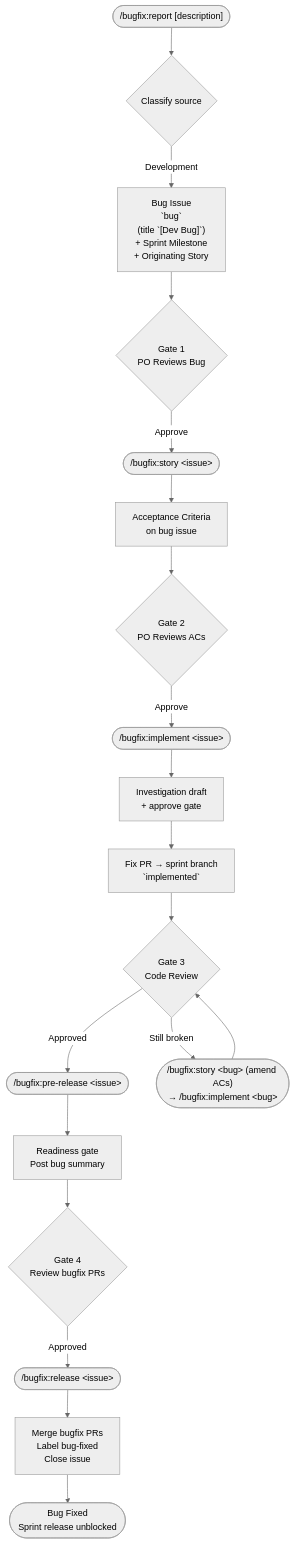
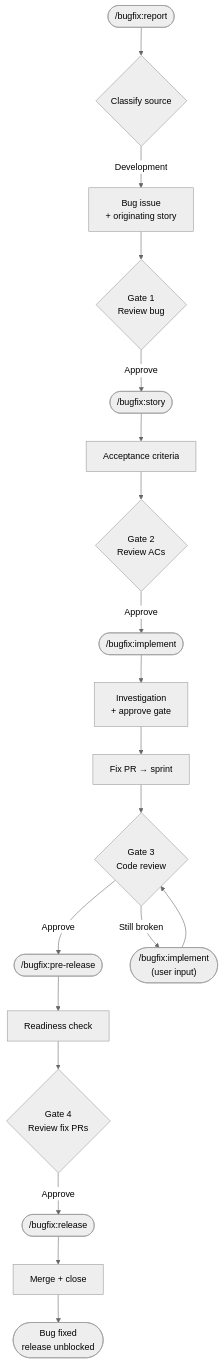
One commit to simpscal/sapiens-dtj changed the fourth of 6 diagrams in README.md. Above: the diagram before and after it, drawn with Mermaid (neutral theme). The commit also changed other lines of this file and 46 other files, not shown here.

````diff
--- a/README.md
+++ b/README.md
@@ -228,21 +176,21 @@
 ```mermaid
 flowchart TD
-    A(["/bugfix:report [description]"]) --> CLS{"Classify source"}
-    CLS -->|Development| B["Bug Issue\n`bug`\n(title `[Dev Bug]`)\n+ Sprint Milestone\n+ Originating Story"]
-    B --> G1{Gate 1\nPO Reviews Bug}
-    G1 -->|Approve| C(["/bugfix:story &lt;issue&gt;"])
-    C --> D["Acceptance Criteria\non bug issue"]
-    D --> G2{Gate 2\nPO Reviews ACs}
-    G2 -->|Approve| H(["/bugfix:implement &lt;issue&gt;"])
-    H --> INV["Investigation draft\n+ approve gate"]
-    INV --> I["Fix PR → sprint branch\n`implemented`"]
-    I --> G3{Gate 3\nCode Review}
-    G3 -->|Approved| PRE(["/bugfix:pre-release &lt;issue&gt;"])
-    PRE --> PRE1["Readiness gate\nPost bug summary"]
-    PRE1 --> G4{Gate 4\nReview bugfix PRs}
-    G4 -->|Approved| J(["/bugfix:release &lt;issue&gt;"])
-    J --> J1["Merge bugfix PRs\nLabel bug-fixed\nClose issue"]
-    J1 --> K([Bug Fixed\nSprint release unblocked])
-    G3 -->|Still broken| FIX(["/bugfix:story &lt;bug&gt; (amend ACs)\n→ /bugfix:implement &lt;bug&gt;"])
+    A(["/bugfix:report"]) --> CLS{Classify source}
+    CLS -->|Development| B["Bug issue\n+ originating story"]
+    B --> G1{Gate 1\nReview bug}
+    G1 -->|Approve| C(["/bugfix:story"])
+    C --> D["Acceptance criteria"]
+    D --> G2{Gate 2\nReview ACs}
+    G2 -->|Approve| H(["/bugfix:implement"])
+    H --> INV["Investigation\n+ approve gate"]
+    INV --> I["Fix PR → sprint"]
+    I --> G3{Gate 3\nCode review}
+    G3 -->|Approve| PRE(["/bugfix:pre-release"])
+    PRE --> PRE1["Readiness check"]
+    PRE1 --> G4{Gate 4\nReview fix PRs}
+    G4 -->|Approve| J(["/bugfix:release"])
+    J --> J1["Merge + close"]
+    J1 --> K([Bug fixed\nrelease unblocked])
+    G3 -->|Still broken| FIX(["/bugfix:implement\n(user input)"])
     FIX --> G3
 ```
````
